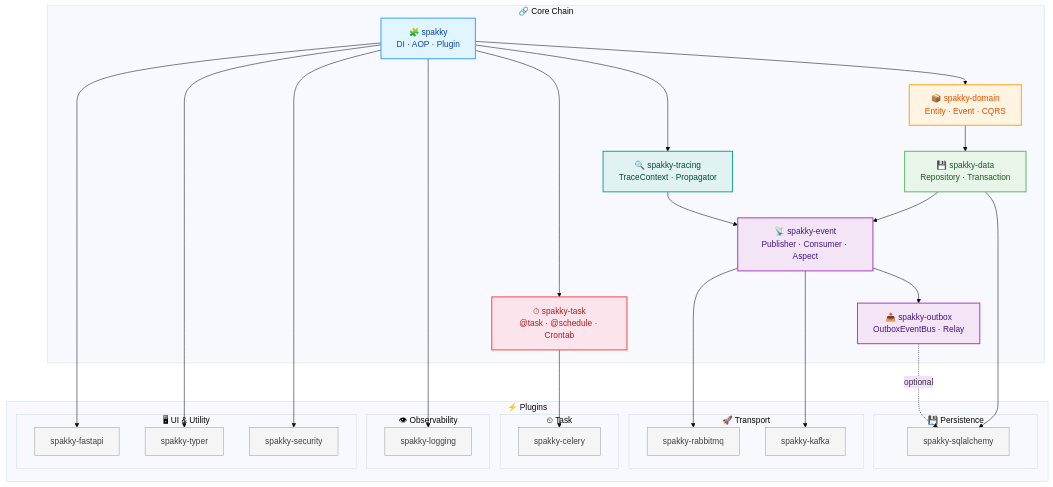
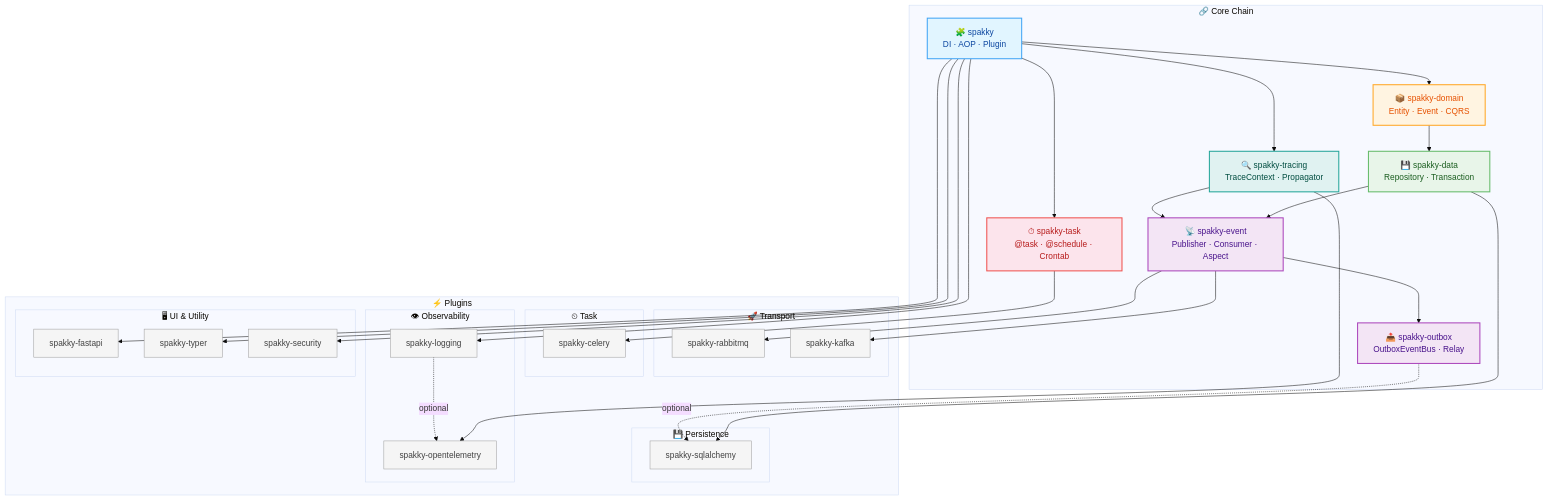
Before and after one commit to E5presso/spakky-framework: the first of 2 diagrams in ARCHITECTURE.md, drawn with Mermaid (base theme). The commit also changed other lines of this file and 23 other files, not shown here.

First line of the commit message:
feat: add spakky-opentelemetry plugin — OTel SDK bridge (#39)

````diff
--- a/ARCHITECTURE.md
+++ b/ARCHITECTURE.md
@@ -51,69 +52,73 @@
 ```mermaid
 graph TD
     subgraph core_chain ["🔗 Core Chain"]
         core[🧩 spakky<br/>DI · AOP · Plugin]
 
         core --> domain[📦 spakky-domain<br/>Entity · Event · CQRS]
         core --> task_pkg["⏱ spakky-task<br/>@task · @schedule · Crontab"]
         core --> tracing["🔍 spakky-tracing<br/>TraceContext · Propagator"]
 
         domain --> data[💾 spakky-data<br/>Repository · Transaction]
         data --> event[📡 spakky-event<br/>Publisher · Consumer · Aspect]
         tracing --> event
         event --> outbox[📤 spakky-outbox<br/>OutboxEventBus · Relay]
     end
 
     subgraph plugins ["⚡ Plugins"]
         subgraph persistence ["💾 Persistence"]
             sqlalchemy[spakky-sqlalchemy]
         end
 
         subgraph transport ["🚀 Transport"]
             rabbitmq[spakky-rabbitmq]
             kafka[spakky-kafka]
         end
 
         subgraph task_plugins ["⏲ Task"]
             celery_plugin[spakky-celery]
         end
 
         subgraph observability ["👁 Observability"]
             logging_pkg[spakky-logging]
+            otel[spakky-opentelemetry]
         end
 
         subgraph ui ["🖥 UI & Utility"]
             fastapi[spakky-fastapi]
             typer[spakky-typer]
             security[spakky-security]
         end
     end
 
     data --> sqlalchemy
     outbox -.->|optional| sqlalchemy
     event --> rabbitmq
     event --> kafka
     task_pkg --> celery_plugin
     core --> logging_pkg
+    tracing --> otel
+    logging_pkg -.->|optional| otel
     core --> fastapi
     core --> typer
     core --> security
 
     %% Styling — Core
     style core fill:#e1f5ff,stroke:#42a5f5,stroke-width:2px,color:#0d47a1
     style domain fill:#fff4e1,stroke:#ffa726,stroke-width:2px,color:#e65100
     style data fill:#e8f5e9,stroke:#66bb6a,stroke-width:2px,color:#1b5e20
     style event fill:#f3e5f5,stroke:#ab47bc,stroke-width:2px,color:#4a148c
     style outbox fill:#f3e5f5,stroke:#ab47bc,stroke-width:2px,color:#4a148c
     style task_pkg fill:#fce4ec,stroke:#ef5350,stroke-width:2px,color:#b71c1c
     style tracing fill:#e0f2f1,stroke:#26a69a,stroke-width:2px,color:#004d40
 
     %% Styling — Plugins
     style sqlalchemy fill:#f5f5f5,stroke:#9e9e9e,color:#424242
     style rabbitmq fill:#f5f5f5,stroke:#9e9e9e,color:#424242
     style kafka fill:#f5f5f5,stroke:#9e9e9e,color:#424242
     style celery_plugin fill:#f5f5f5,stroke:#9e9e9e,color:#424242
     style logging_pkg fill:#f5f5f5,stroke:#9e9e9e,color:#424242
+    style otel fill:#f5f5f5,stroke:#9e9e9e,color:#424242
     style fastapi fill:#f5f5f5,stroke:#9e9e9e,color:#424242
     style typer fill:#f5f5f5,stroke:#9e9e9e,color:#424242
     style security fill:#f5f5f5,stroke:#9e9e9e,color:#424242
 ```
````
